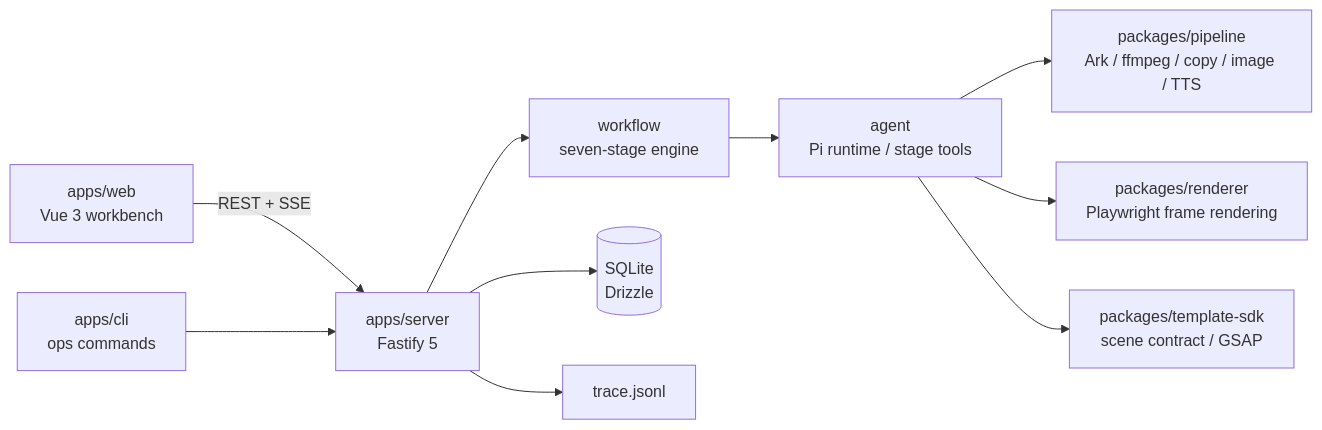
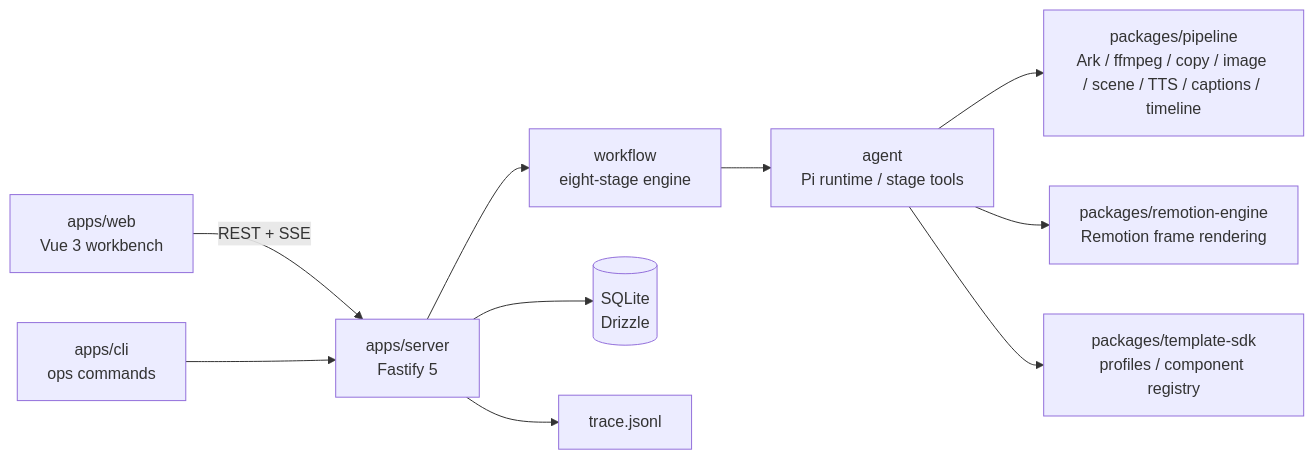
One commit to swhite-cn/vedio--generator changed the diagram in README.en.md. Above: the diagram before and after it, drawn with Mermaid. The commit also changed other lines of this file and 369 other files, not shown here.

````diff
--- a/README.en.md
+++ b/README.en.md
@@ -36,12 +36,12 @@
 ```mermaid
 flowchart LR
   Web[apps/web<br/>Vue 3 workbench] -->|REST + SSE| Server[apps/server<br/>Fastify 5]
-  Server --> Workflow[workflow<br/>seven-stage engine]
+  Server --> Workflow[workflow<br/>eight-stage engine]
   Workflow --> Agent[agent<br/>Pi runtime / stage tools]
-  Agent --> Pipeline[packages/pipeline<br/>Ark / ffmpeg / copy / image / TTS]
-  Agent --> Renderer[packages/renderer<br/>Playwright frame rendering]
-  Agent --> SDK[packages/template-sdk<br/>scene contract / GSAP]
+  Agent --> Pipeline[packages/pipeline<br/>Ark / ffmpeg / copy / image / scene / TTS / captions / timeline]
+  Agent --> Engine[packages/remotion-engine<br/>Remotion frame rendering]
+  Agent --> SDK[packages/template-sdk<br/>profiles / component registry]
   Server --> DB[(SQLite<br/>Drizzle)]
   Server --> Trace[trace.jsonl]
   CLI[apps/cli<br/>ops commands] --> Server
 ```
````
